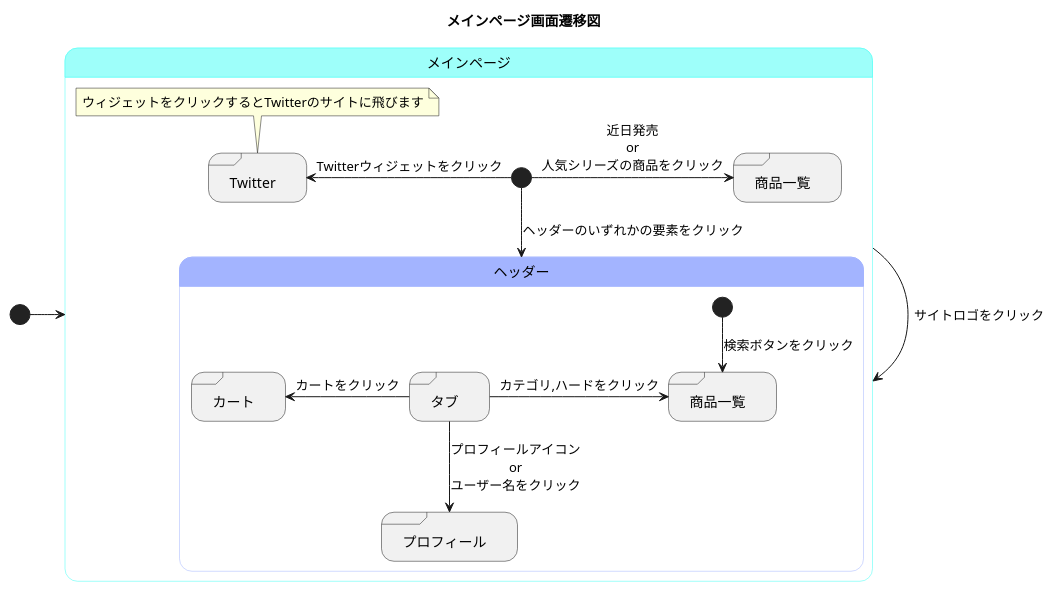
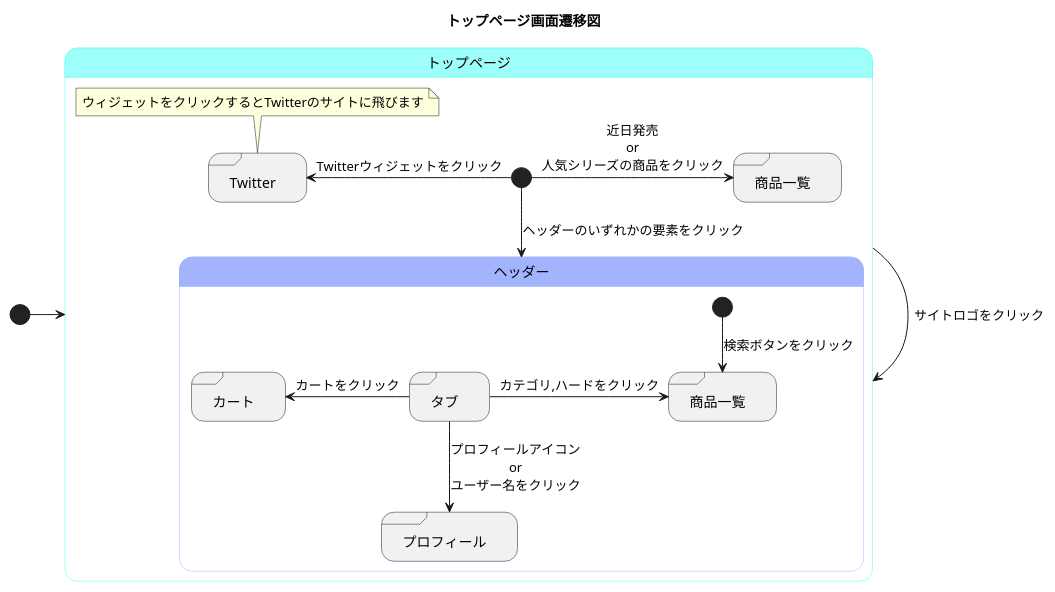
The diagram in メインページ.md (akutori/T-D-E), drawn with PlantUML before and after one commit. The commit also changed 4 other files, not shown here.

````diff
--- a/メインページ.md
+++ b/メインページ.md
@@ -1,45 +1,45 @@
 ```uml
 @startuml
-title メインページ画面遷移図
+title トップページ画面遷移図
 
-[*]->メインページ
-state メインページ<<mainpage>>{
+[*]->トップページ
+state トップページ<<mainpage>>{
 
     state "商品一覧" as maintogoods<<sdlreceive>>
     state "Twitter"<<sdlreceive>>
 
-    メインページ -> メインページ : サイトロゴをクリック
+    トップページ -> トップページ : サイトロゴをクリック
     [*]-->ヘッダー : ヘッダーのいずれかの要素をクリック
     [*]-> maintogoods : 近日発売\nor\n人気シリーズの商品をクリック
     [*]-left->Twitter : Twitterウィジェットをクリック
     note top of Twitter
         ウィジェットをクリックするとTwitterのサイトに飛びます
     end note
 
     
 
     state ヘッダー<<state_headder>>{
 
         state "タブ" as tab <<sdlreceive>>
         state "カート" as cart <<sdlreceive>>
         state "プロフィール" as profile <<sdlreceive>>
         state "商品一覧" as goods<<sdlreceive>>
 
         [*]-->goods : 検索ボタンをクリック
         tab ->goods : カテゴリ,ハードをクリック
         tab -left->cart : カートをクリック
         tab -->profile : プロフィールアイコン\nor\nユーザー名をクリック
 
 
     }
 }
 
 
 skinparam stateBorderColor<<mainpage>> #40fff5
-state メインページ #9efffa
+state トップページ #9efffa
 
 skinparam stateBorderColor<<state_headder>> #a3b4ff
 state ヘッダー #a3b4ff
 state Twitter #ffcfcf
 @enduml
 ```
````
